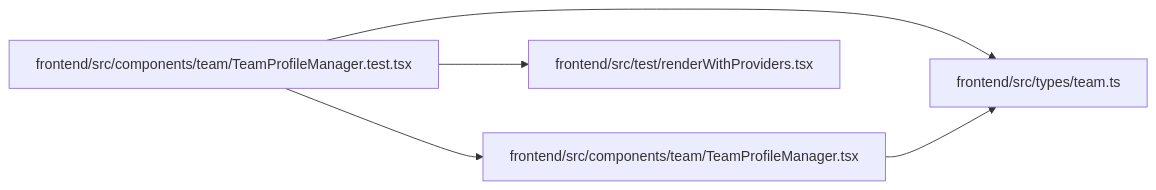
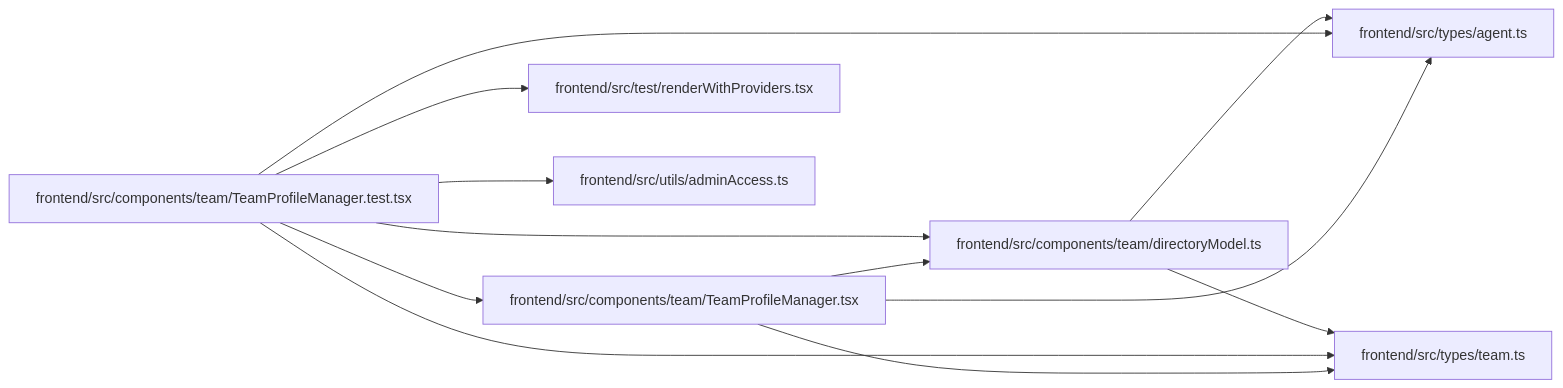
The diagram in docs/llm_wiki/modules/TeamProfileManager.test.md (Denissvgn/WorkChord), drawn with Mermaid before and after one commit. The commit also changed other lines of this file and 2373 other files, not shown here.

````diff
--- a/docs/llm_wiki/modules/TeamProfileManager.test.md
+++ b/docs/llm_wiki/modules/TeamProfileManager.test.md
@@ -31,15 +36,28 @@
 ```mermaid
 flowchart LR
-    n0["frontend/src/components/team/TeamProfileManager.test.tsx"]
-    n1["frontend/src/components/team/TeamProfileManager.tsx"]
-    n2["frontend/src/test/renderWithProviders.tsx"]
-    n3["frontend/src/types/team.ts"]
-    n0 --> n1
-    n0 --> n2
-    n0 --> n3
+    n0["frontend/src/components/team/directoryModel.ts"]
+    n1["frontend/src/components/team/TeamProfileManager.test.tsx"]
+    n2["frontend/src/components/team/TeamProfileManager.tsx"]
+    n3["frontend/src/test/renderWithProviders.tsx"]
+    n4["frontend/src/types/agent.ts"]
+    n5["frontend/src/types/team.ts"]
+    n6["frontend/src/utils/adminAccess.ts"]
+    n0 --> n4
+    n0 --> n5
+    n1 --> n0
+    n1 --> n2
     n1 --> n3
-    click n0 "../modules/TeamProfileManager.test.md"
-    click n1 "../modules/TeamProfileManager.md"
-    click n2 "../modules/renderWithProviders.md"
-    click n3 "../modules/types_team.md"
+    n1 --> n4
+    n1 --> n5
+    n1 --> n6
+    n2 --> n0
+    n2 --> n4
+    n2 --> n5
+    click n0 "../modules/directoryModel.md"
+    click n1 "../modules/TeamProfileManager.test.md"
+    click n2 "../modules/TeamProfileManager.md"
+    click n3 "../modules/renderWithProviders.md"
+    click n4 "../modules/types_agent.md"
+    click n5 "../modules/types_team.md"
+    click n6 "../modules/adminAccess.md"
 ```
````
